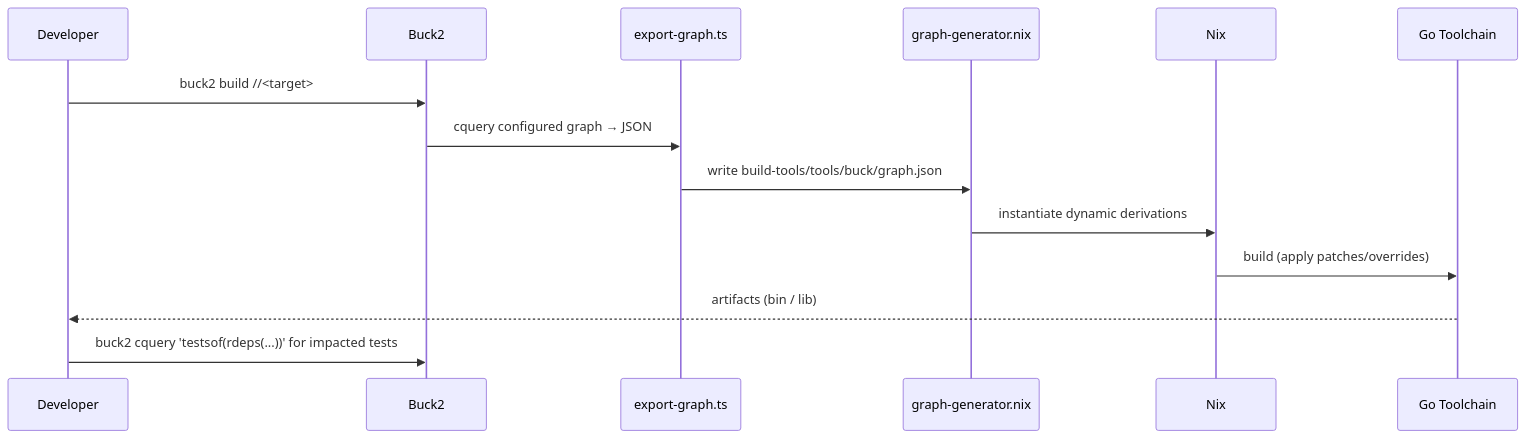
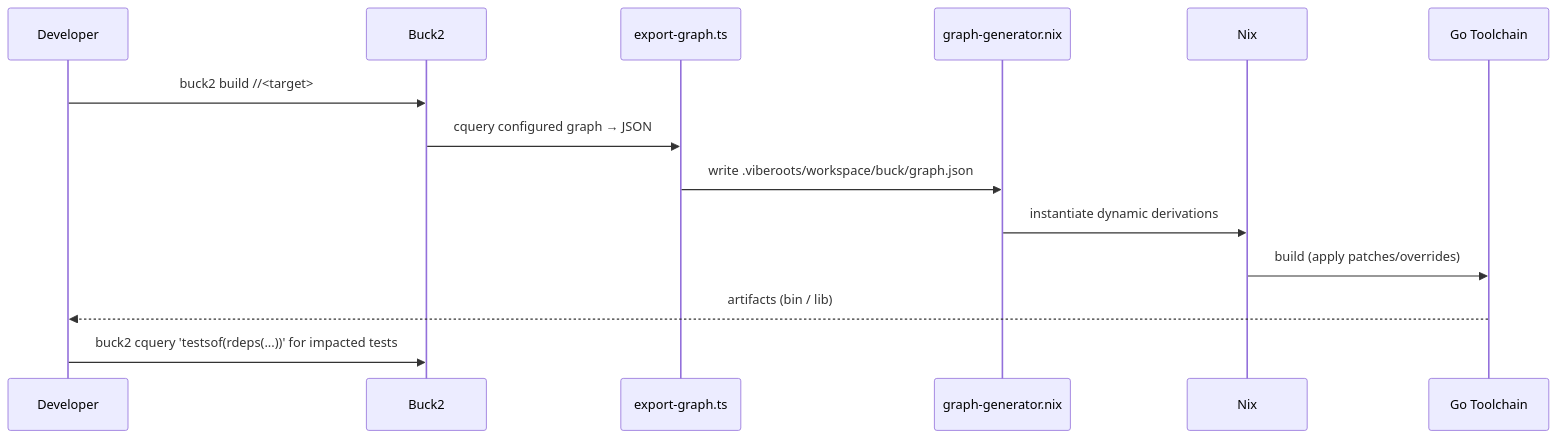
Before and after one commit to viberoots/viberoots: the second of 2 diagrams in build-tools/docs/build-system-design.md, drawn with Mermaid. The commit also changed other lines of this file and 304 other files, not shown here.

Commit message:
feat(viberoots): relocate generated workspace state

````diff
--- a/build-tools/docs/build-system-design.md
+++ b/build-tools/docs/build-system-design.md
@@ -591,17 +591,17 @@
 ```mermaid
 sequenceDiagram
   participant Dev as Developer
   participant Buck as Buck2
   participant ZX as export-graph.ts
   participant GG as graph-generator.nix
   participant Nix as Nix
   participant Go as Go Toolchain
 
   Dev->>Buck: buck2 build //<target>
   Buck->>ZX: cquery configured graph → JSON
-  ZX->>GG: write build-tools/tools/buck/graph.json
+  ZX->>GG: write .viberoots/workspace/buck/graph.json
   GG->>Nix: instantiate dynamic derivations
   Nix->>Go: build (apply patches/overrides)
   Go-->>Dev: artifacts (bin / lib)
   Dev->>Buck: buck2 cquery 'testsof(rdeps(...))' for impacted tests
 ```
````
